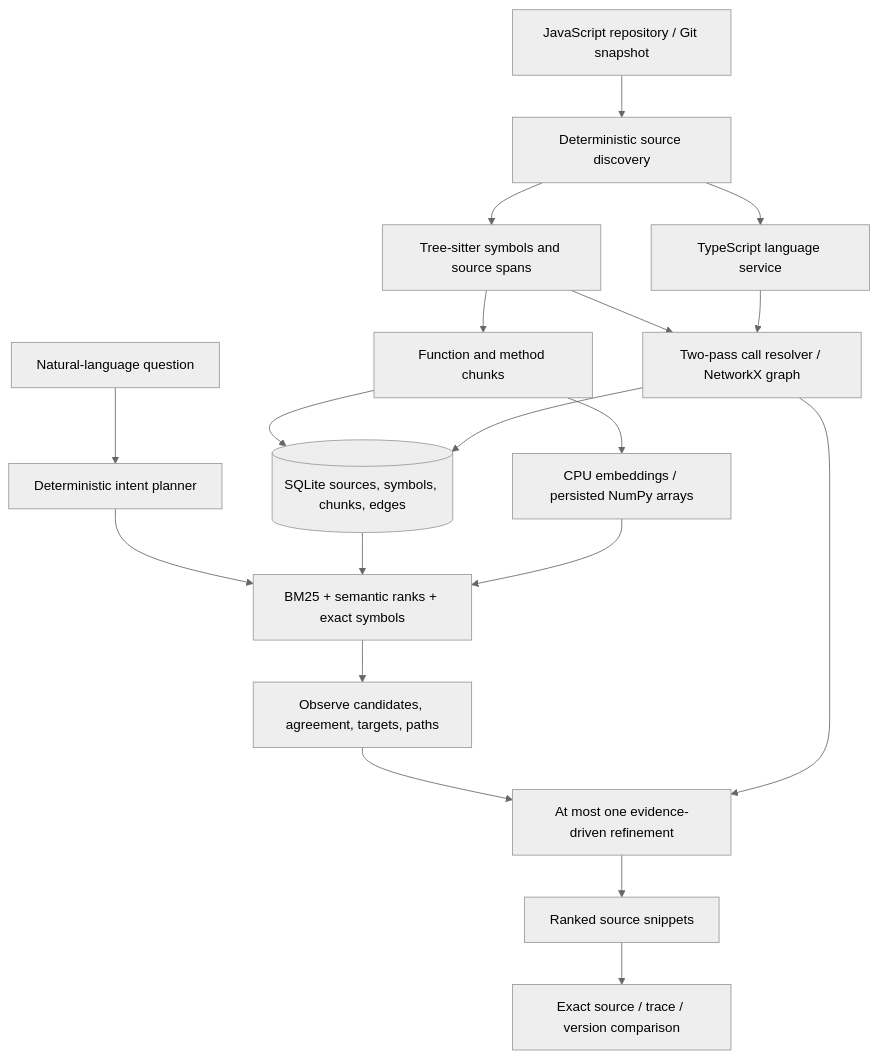
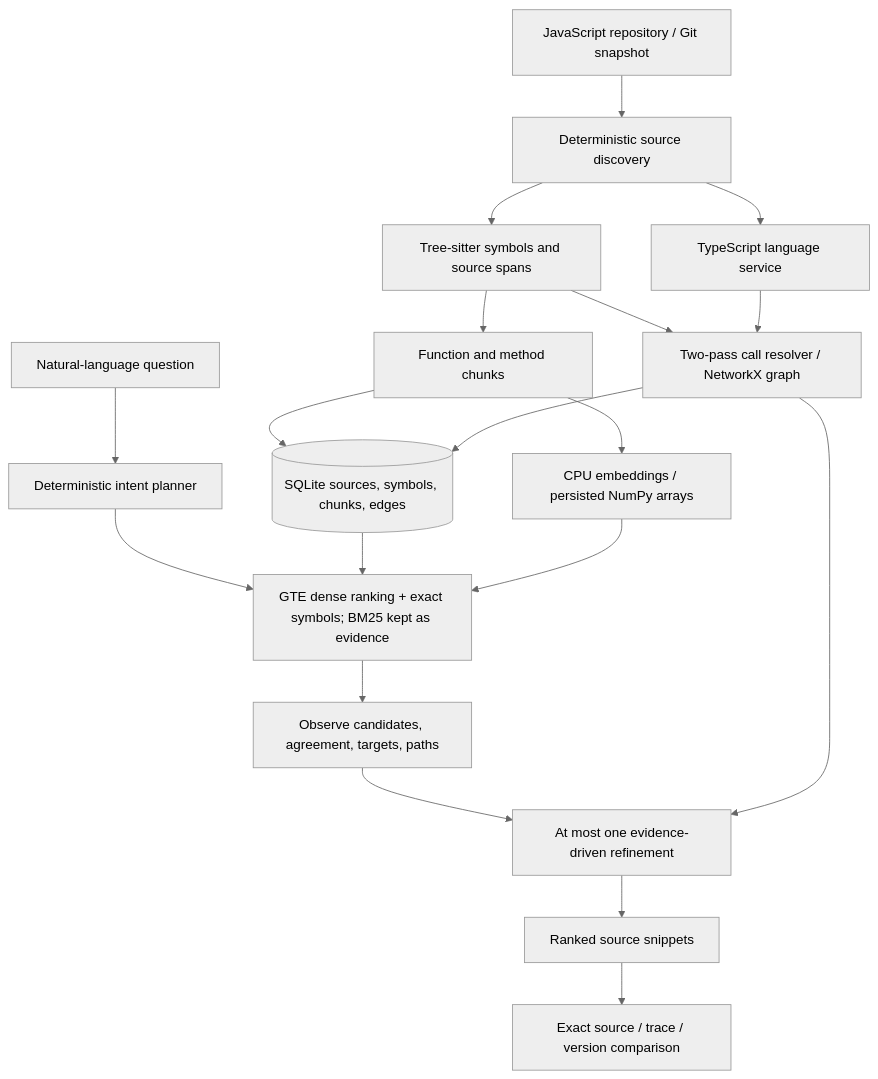
One commit to ANUJ-DESHPANDE/ASTFLOW changed the diagram in README.md. Above: the diagram before and after it, drawn with Mermaid (neutral theme). The commit also changed other lines of this file and 3 other files, not shown here.

````diff
--- a/README.md
+++ b/README.md
@@ -84,21 +99,21 @@
 ```mermaid
 flowchart TD
     R[JavaScript repository / Git snapshot] --> D[Deterministic source discovery]
     D --> P[Tree-sitter symbols and source spans]
     D --> T[TypeScript language service]
     P --> C[Function and method chunks]
     P --> G[Two-pass call resolver / NetworkX graph]
     T --> G
     C --> S[(SQLite sources, symbols, chunks, edges)]
     C --> E[CPU embeddings / persisted NumPy arrays]
     G --> S
     Q[Natural-language question] --> I[Deterministic intent planner]
-    I --> H[BM25 + semantic ranks + exact symbols]
+    I --> H[GTE dense ranking + exact symbols; BM25 kept as evidence]
     S --> H
     E --> H
     H --> O[Observe candidates, agreement, targets, paths]
     O --> F[At most one evidence-driven refinement]
     G --> F
     F --> A[Ranked source snippets]
     A --> V[Exact source / trace / version comparison]
 ```
````
